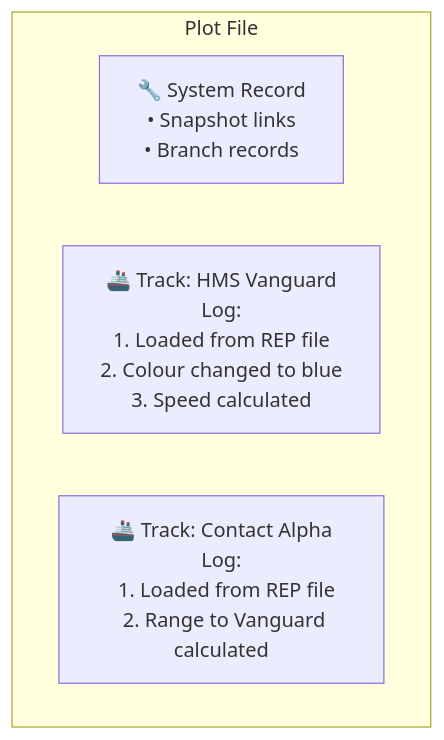
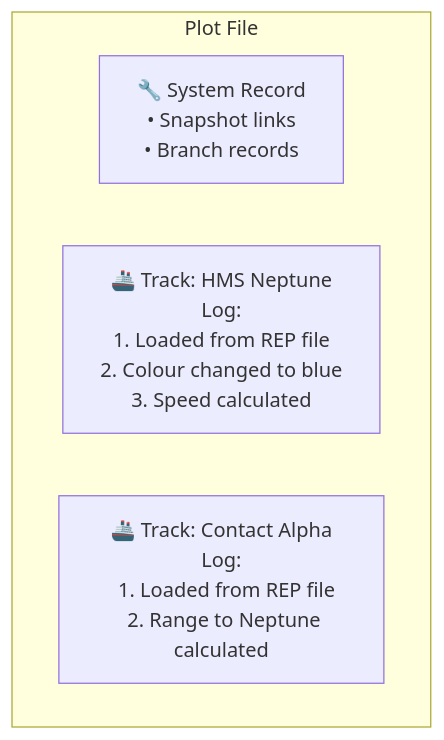
The first of 5 diagrams in docs/srd-prov-undo.md (debrief/debrief-future), drawn with Mermaid before and after one commit. The commit also changed other lines of this file, not shown here.

````diff
--- a/docs/srd-prov-undo.md
+++ b/docs/srd-prov-undo.md
@@ -63,8 +63,8 @@
 ```mermaid
 graph TD
     subgraph "Plot File"
         SF["🔧 System Record\n• Snapshot links\n• Branch records"]
-        T1["🚢 Track: HMS Vanguard\nLog:\n  1. Loaded from REP file\n  2. Colour changed to blue\n  3. Speed calculated"]
-        T2["🚢 Track: Contact Alpha\nLog:\n  1. Loaded from REP file\n  2. Range to Vanguard calculated"]
+        T1["🚢 Track: HMS Neptune\nLog:\n  1. Loaded from REP file\n  2. Colour changed to blue\n  3. Speed calculated"]
+        T2["🚢 Track: Contact Alpha\nLog:\n  1. Loaded from REP file\n  2. Range to Neptune calculated"]
     end
 ```
````
